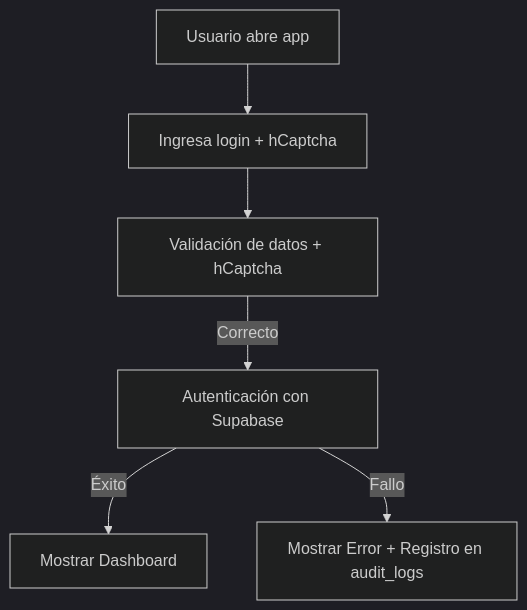
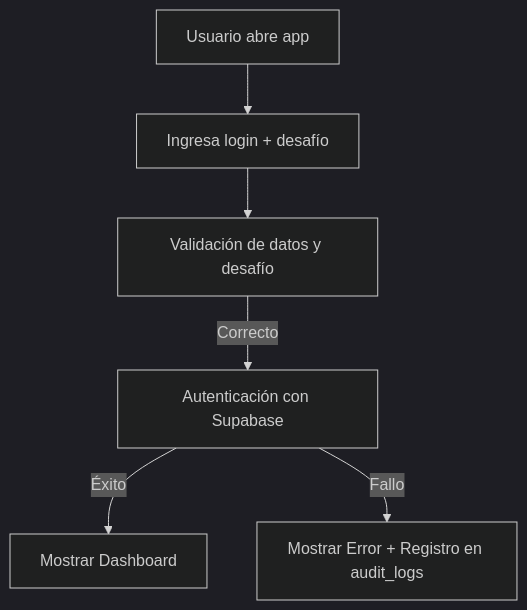
One commit to JMontes1986/autorizacionesColgemelli changed the diagram in README.md. Above: the diagram before and after it, drawn with Mermaid (dark theme). The commit also changed other lines of this file, not shown here.

````diff
--- a/README.md
+++ b/README.md
@@ -154,8 +154,8 @@
 ```mermaid
 flowchart TD
-    A[Usuario abre app] --> B[Ingresa login + hCaptcha]
-    B --> C[Validación de datos + hCaptcha]
+    A[Usuario abre app] --> B[Ingresa login + desafío]
+    B --> C[Validación de datos y desafío]
     C -->|Correcto| D[Autenticación con Supabase]
     D -->|Éxito| E[Mostrar Dashboard]
     D -->|Fallo| F[Mostrar Error + Registro en audit_logs]
 ```
````
